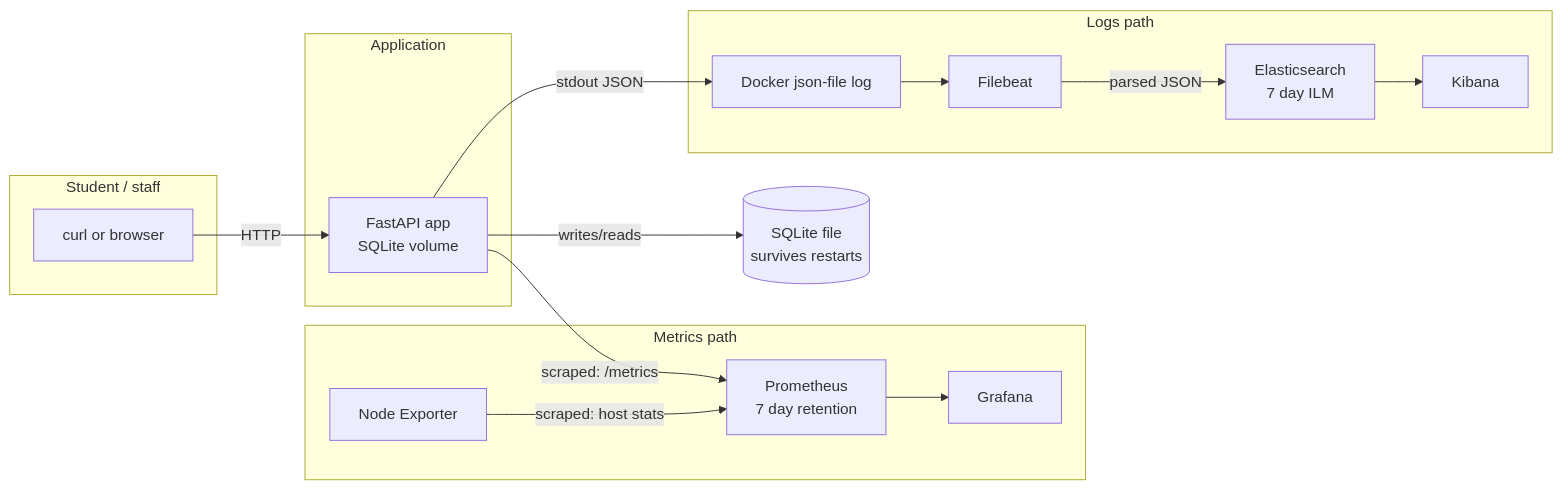
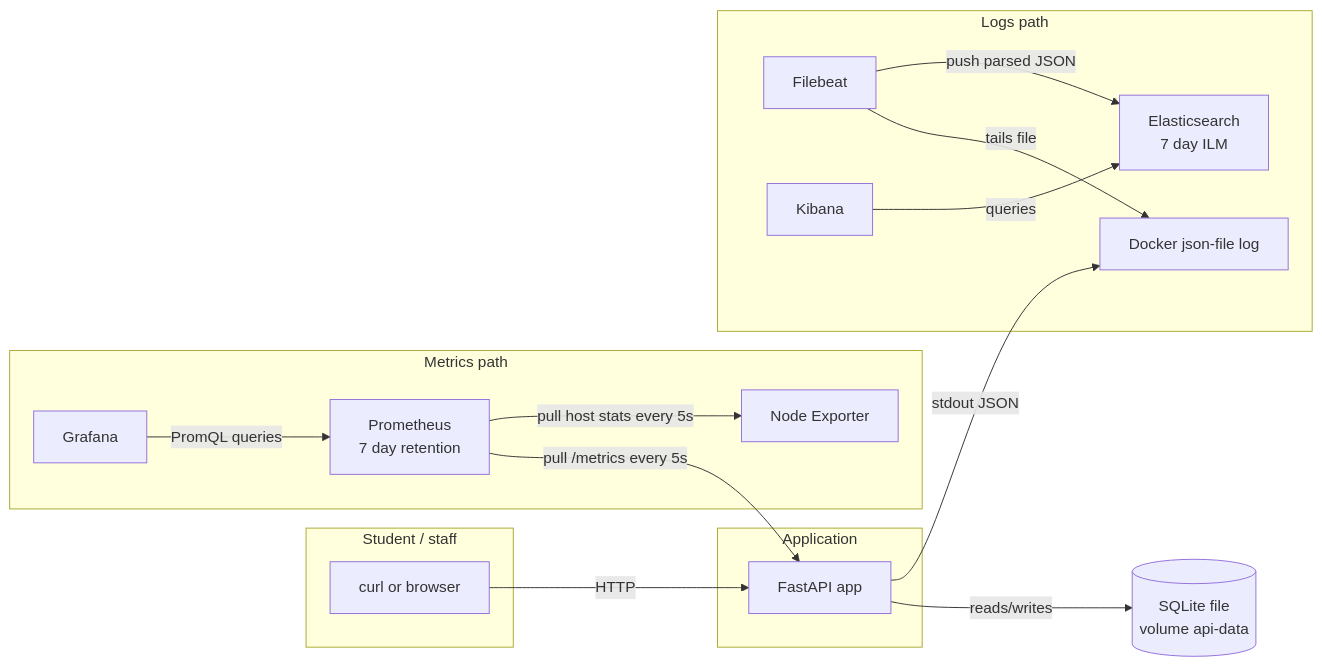
Before and after one commit to Asadniz/ESD_Campus_Food_Availability: the diagram in docs/REPORT.md, drawn with Mermaid. The commit also changed other lines of this file and 47 other files, not shown here.

````diff
--- a/docs/REPORT.md
+++ b/docs/REPORT.md
@@ -152,30 +397,30 @@
 ```mermaid
 flowchart LR
     subgraph client [Student / staff]
         C[curl or browser]
     end
     subgraph app [Application]
-        API[FastAPI app<br/>SQLite volume]
+        API[FastAPI app]
     end
     subgraph metrics [Metrics path]
         NE[Node Exporter]
         P[Prometheus<br/>7 day retention]
         G[Grafana]
     end
     subgraph logs [Logs path]
         D[Docker json-file log]
         FB[Filebeat]
         ES[Elasticsearch<br/>7 day ILM]
         K[Kibana]
     end
 
     C -->|HTTP| API
-    API -->|writes/reads| SQLite[(SQLite file<br/>survives restarts)]
-    API -->|scraped: /metrics| P
-    NE -->|scraped: host stats| P
-    P --> G
+    API -->|reads/writes| SQLite[(SQLite file<br/>volume api-data)]
+    P -->|pull /metrics every 5s| API
+    P -->|pull host stats every 5s| NE
+    G -->|PromQL queries| P
     API -->|stdout JSON| D
-    D --> FB
-    FB -->|parsed JSON| ES
-    ES --> K
+    FB -->|tails file| D
+    FB -->|push parsed JSON| ES
+    K -->|queries| ES
 ```
````
